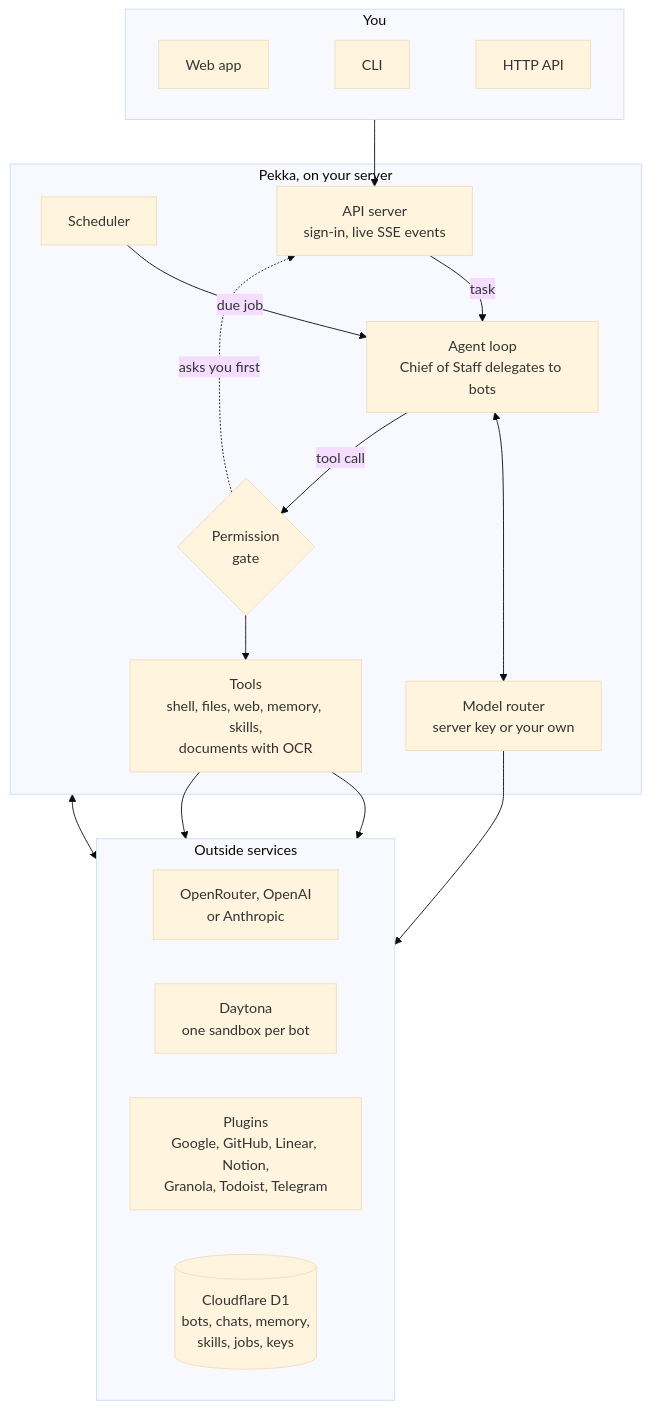
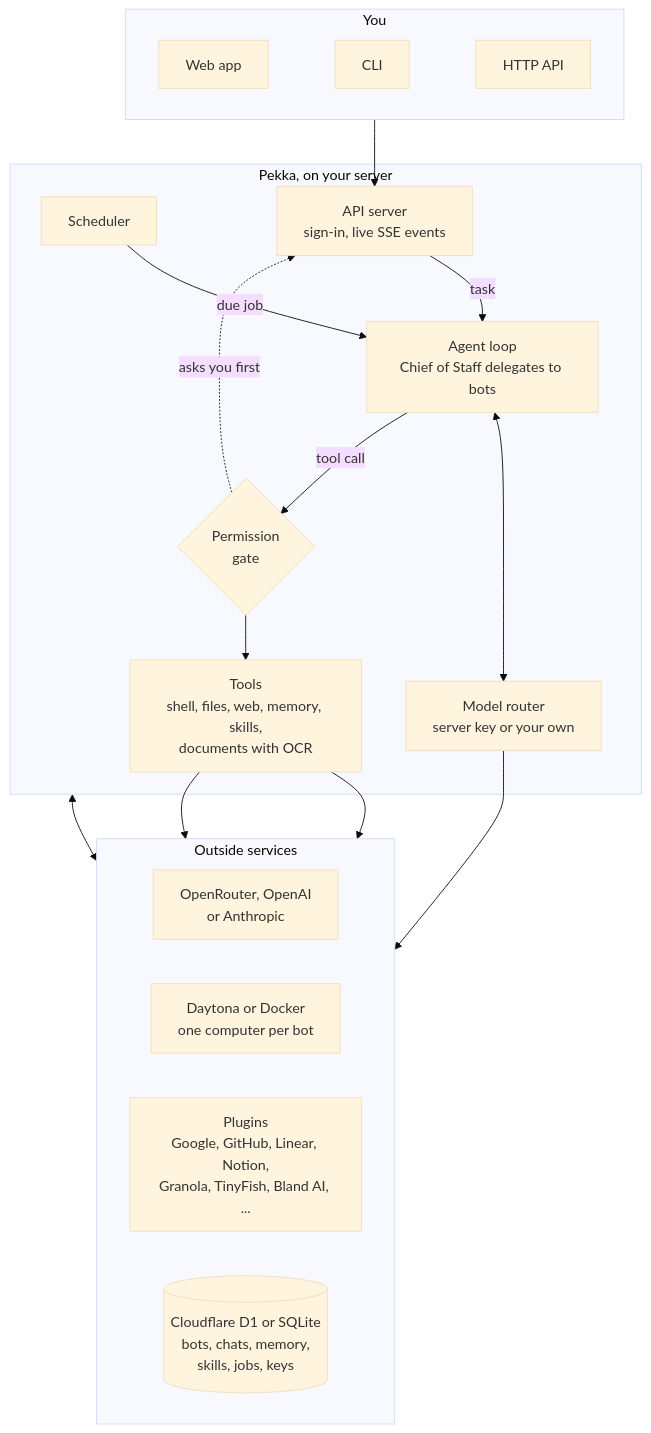
One commit to sidmanale643/pekka-bot changed the diagram in README.md. Above: the diagram before and after it, drawn with Mermaid (base theme). The commit also changed other lines of this file, not shown here.

Commit message:
docs: cover the browser, new plugins, avatars and Settings in the README

````diff
--- a/README.md
+++ b/README.md
@@ -65,36 +68,36 @@
 ```mermaid
 flowchart TB
   subgraph You
     direction LR
     W[Web app] ~~~ C[CLI] ~~~ H[HTTP API]
   end
 
   subgraph Pekka["Pekka, on your server"]
     S[Scheduler]
     A[API server<br/>sign-in, live SSE events]
     L[Agent loop<br/>Chief of Staff delegates to bots]
     M[Model router<br/>server key or your own]
     G{Permission<br/>gate}
     T[Tools<br/>shell, files, web, memory, skills,<br/>documents with OCR]
   end
 
   subgraph Services["Outside services"]
     direction LR
     LLM[OpenRouter, OpenAI<br/>or Anthropic]
-    DT[Daytona<br/>one sandbox per bot]
-    PL[Plugins<br/>Google, GitHub, Linear, Notion,<br/>Granola, Todoist, Telegram]
-    DB[(Cloudflare D1<br/>bots, chats, memory,<br/>skills, jobs, keys)]
+    DT[Daytona or Docker<br/>one computer per bot]
+    PL[Plugins<br/>Google, GitHub, Linear, Notion,<br/>Granola, TinyFish, Bland AI, ...]
+    DB[(Cloudflare D1 or SQLite<br/>bots, chats, memory,<br/>skills, jobs, keys)]
   end
 
   You --> A
   S -- due job --> L
   A -- task --> L
   L <--> M
   L -- tool call --> G
   G -. asks you first .-> A
   G --> T
   M --> LLM
   T --> DT
   T --> PL
   Pekka <--> DB
 ```
````
